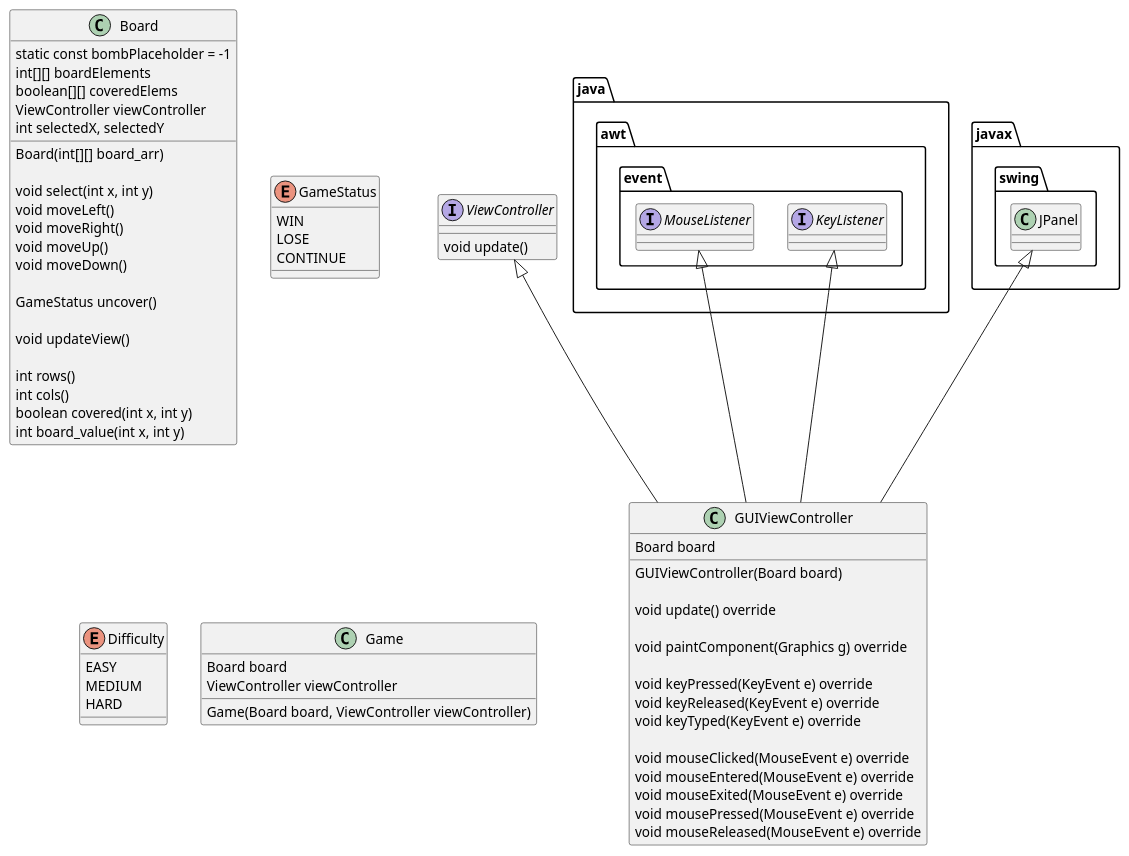
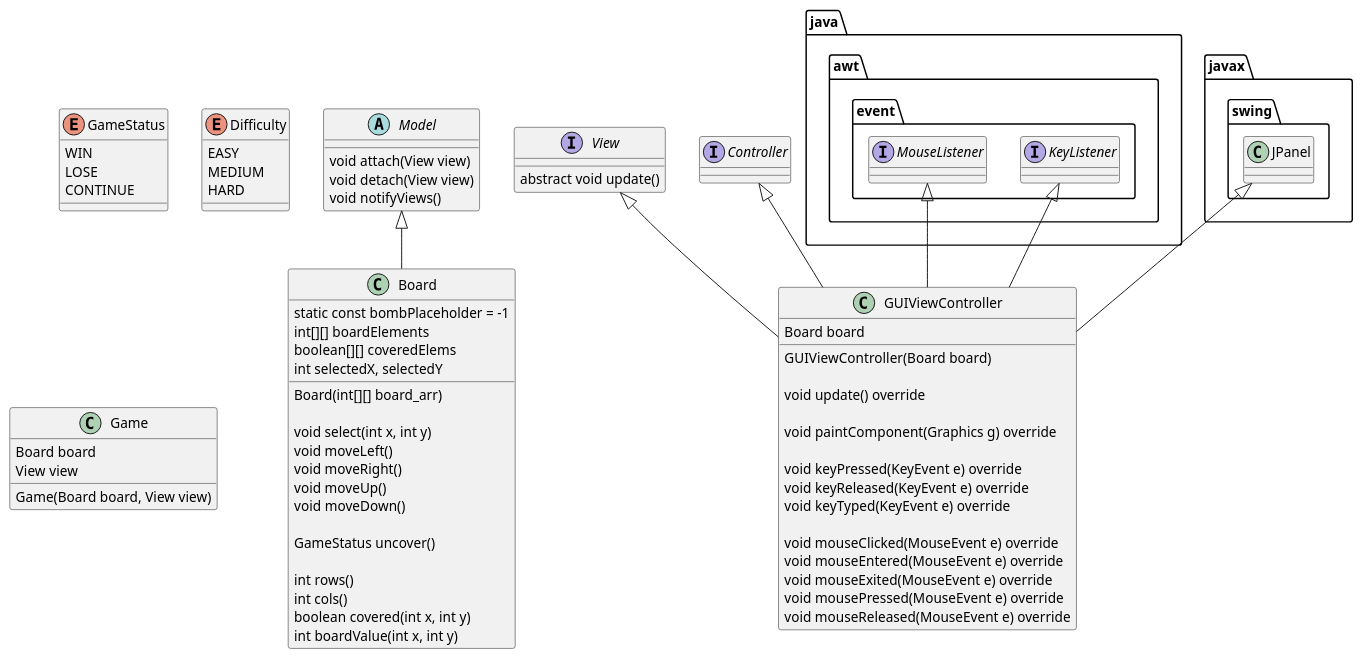
Before and after one commit to MarkMizzi/minesweeper: the diagram in design/minesweeper.plantuml, drawn with PlantUML. The commit also changed 1 other file, not shown here.

Commit message:
[task2] add Observer pattern to UML design, separation of ViewController interface

```diff
--- a/design/minesweeper.plantuml
+++ b/design/minesweeper.plantuml
@@ -1,81 +1,88 @@
 @startuml
+
+abstract class Model {
+    void attach(View view)
+    void detach(View view)
+    void notifyViews()
+}
 
 class Board {
 
     static const bombPlaceholder = -1
     int[][] boardElements
     boolean[][] coveredElems
-    ViewController viewController
     int selectedX, selectedY
 
     Board(int[][] board_arr)
 
     void select(int x, int y)
     void moveLeft()
     void moveRight()
     void moveUp()
     void moveDown()
 
     GameStatus uncover()
 
-    void updateView()
-
     int rows()
     int cols()
     boolean covered(int x, int y)
-    int board_value(int x, int y)
+    int boardValue(int x, int y)
 }
 
 enum GameStatus {
     WIN
     LOSE
     CONTINUE
 }
 
 enum Difficulty {
     EASY
     MEDIUM
     HARD
 }
 
 class GUIViewController {
     Board board
 
     GUIViewController(Board board)
 
     void update() override
 
     void paintComponent(Graphics g) override
 
     void keyPressed(KeyEvent e) override
     void keyReleased(KeyEvent e) override
     void keyTyped(KeyEvent e) override
 
     void mouseClicked(MouseEvent e) override
     void mouseEntered(MouseEvent e) override
     void mouseExited(MouseEvent e) override
     void mousePressed(MouseEvent e) override
     void mouseReleased(MouseEvent e) override
 }
 
-interface ViewController {
-    void update()
+interface View {
+    abstract void update()
 }
 
 class Game {
     Board board
-    ViewController viewController
+    View view
 
-    Game(Board board, ViewController viewController)
+    Game(Board board, View view)
 }
 
 interface java.awt.event.KeyListener
 interface java.awt.event.MouseListener
 class javax.swing.JPanel
 
-ViewController <|-- GUIViewController
+interface Controller
+
+Model <|-- Board
+Controller <|-- GUIViewController
+View <|-- GUIViewController
 java.awt.event.KeyListener <|-- GUIViewController
 java.awt.event.MouseListener <|-- GUIViewController
 javax.swing.JPanel <|-- GUIViewController
 
 @enduml
```
